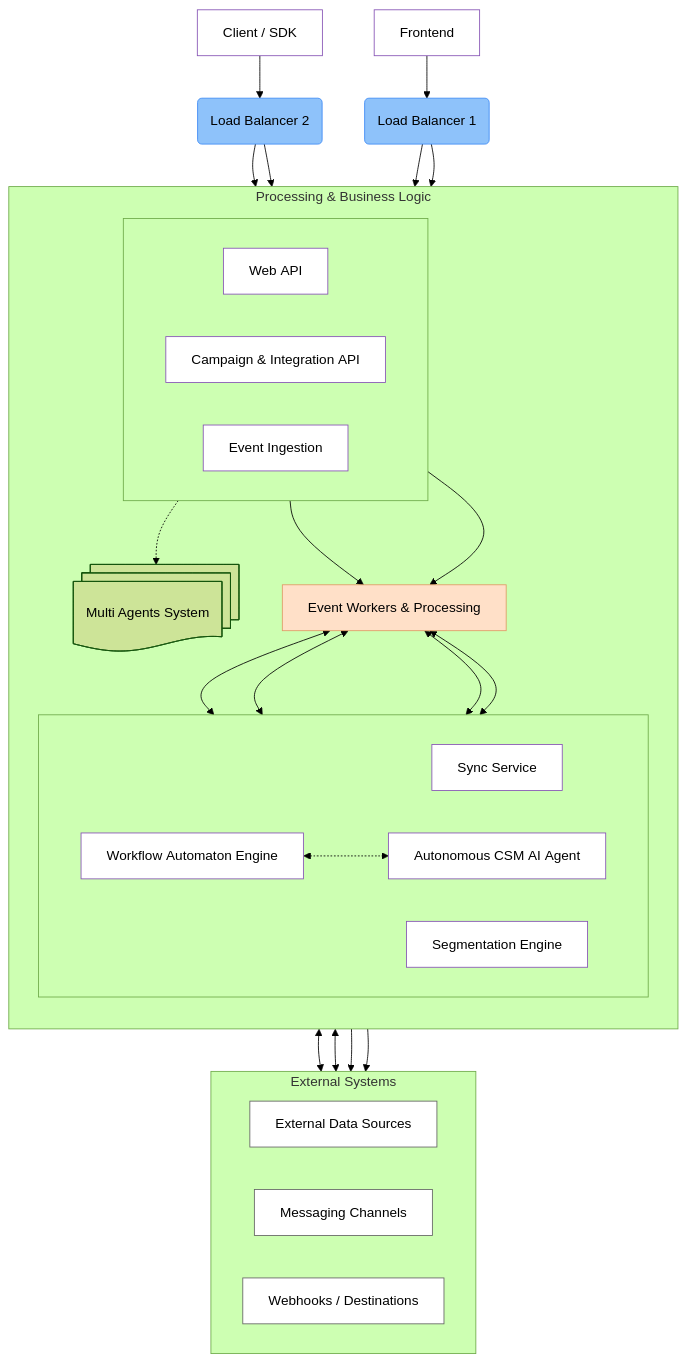
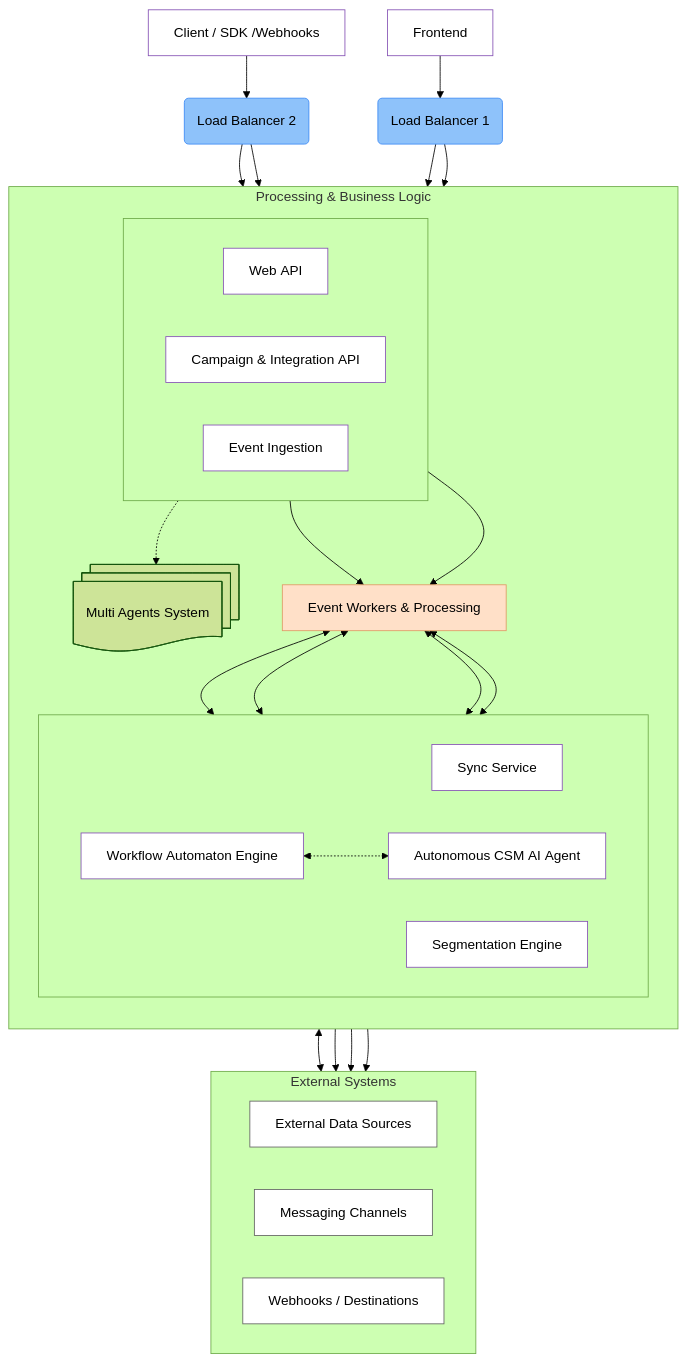
One commit to Influentia-ai/docs changed the diagram in docs/intro.md. Above: the diagram before and after it, drawn with Mermaid (forest theme). The commit also changed 4 other files, not shown here.

```diff
--- a/docs/intro.md
+++ b/docs/intro.md
@@ -51,7 +51,7 @@
    %%  Clients & Load-balancers
    %% ───────────────────────────────
       FE[Frontend]
-      SDK[Client&nbsp;/&nbsp;SDK]
+      SDK[Client&nbsp;/&nbsp;SDK&nbsp;/Webhooks]
    
    FE  --> LB1(Load&nbsp;Balancer&nbsp;1)
    SDK --> LB2(Load&nbsp;Balancer&nbsp;2)
@@ -119,7 +119,7 @@
    
    %% Core services → external systems
    SS <--> EXT
-   AI <--> MSG
+   AI --> MSG
    WF --> WH
    EW --> WH
    
```
